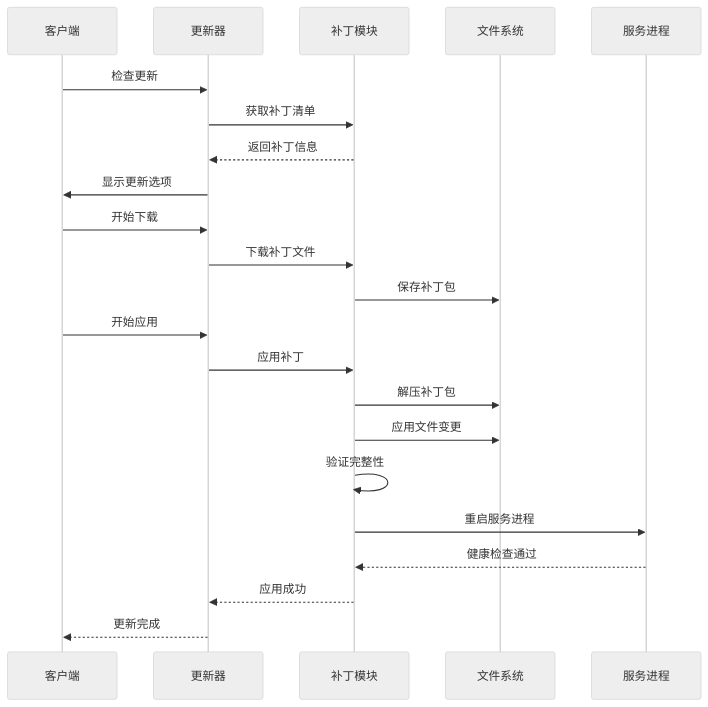
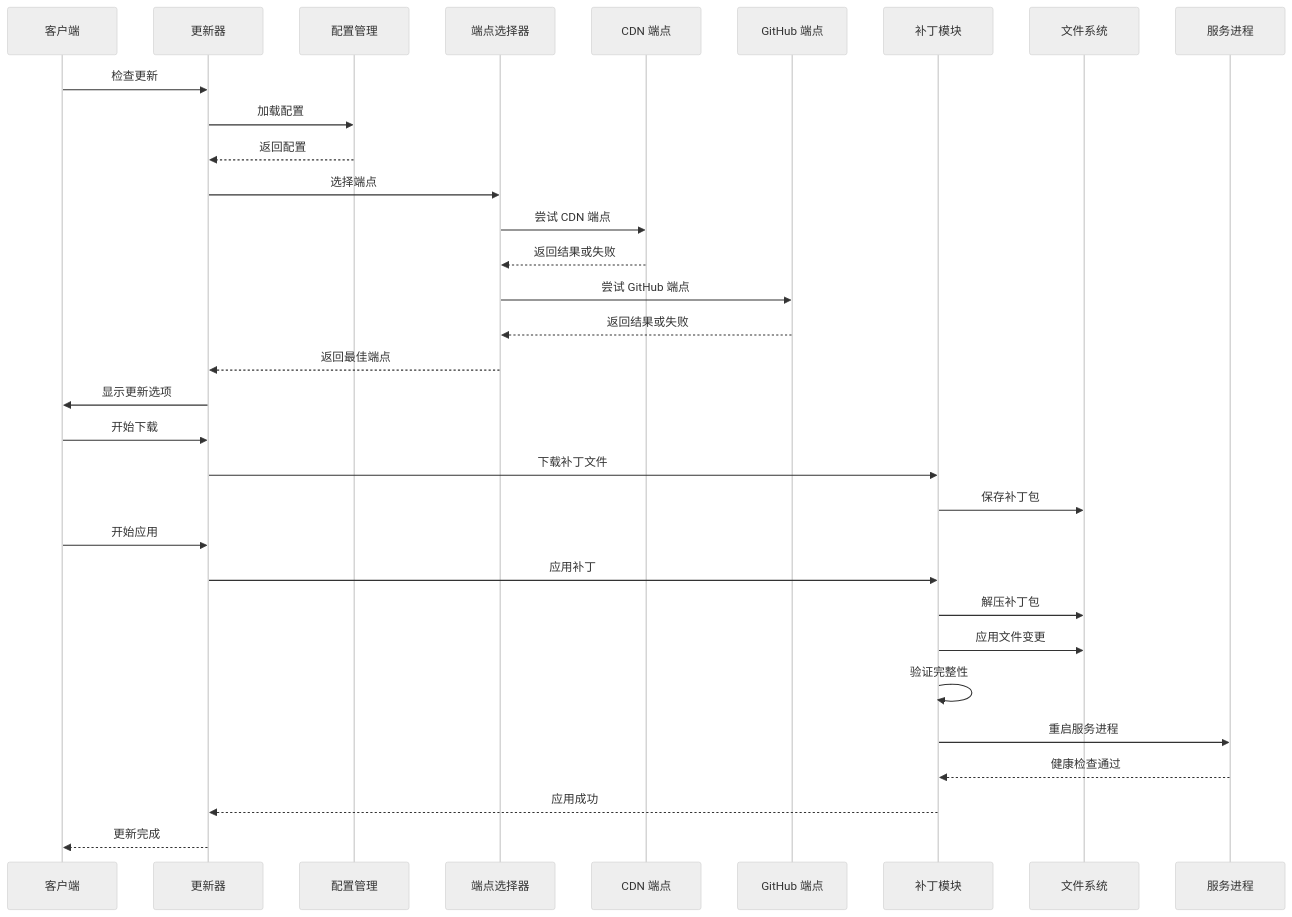
One commit to ggtiger/SSTS changed the third of 10 diagrams in .qoder/repowiki/zh/content/核心功能模块/热更新系统.md. Above: the diagram before and after it, drawn with Mermaid (neutral theme). The commit also changed other lines of this file and 12 other files, not shown here.

````diff
--- a/.qoder/repowiki/zh/content/核心功能模块/热更新系统.md
+++ b/.qoder/repowiki/zh/content/核心功能模块/热更新系统.md
@@ -143,24 +190,34 @@
 ```mermaid
 sequenceDiagram
 participant Client as 客户端
 participant Updater as 更新器
+participant Config as 配置管理
+participant EndpointSelector as 端点选择器
+participant CDN as CDN 端点
+participant GitHub as GitHub 端点
 participant Delta as 补丁模块
 participant FS as 文件系统
 participant Server as 服务进程
 Client->>Updater : 检查更新
-Updater->>Delta : 获取补丁清单
-Delta-->>Updater : 返回补丁信息
+Updater->>Config : 加载配置
+Config-->>Updater : 返回配置
+Updater->>EndpointSelector : 选择端点
+EndpointSelector->>CDN : 尝试 CDN 端点
+CDN-->>EndpointSelector : 返回结果或失败
+EndpointSelector->>GitHub : 尝试 GitHub 端点
+GitHub-->>EndpointSelector : 返回结果或失败
+EndpointSelector-->>Updater : 返回最佳端点
 Updater->>Client : 显示更新选项
 Client->>Updater : 开始下载
 Updater->>Delta : 下载补丁文件
 Delta->>FS : 保存补丁包
 Client->>Updater : 开始应用
 Updater->>Delta : 应用补丁
 Delta->>FS : 解压补丁包
 Delta->>FS : 应用文件变更
 Delta->>Delta : 验证完整性
 Delta->>Server : 重启服务进程
 Server-->>Delta : 健康检查通过
 Delta-->>Updater : 应用成功
 Updater-->>Client : 更新完成
 ```
````
